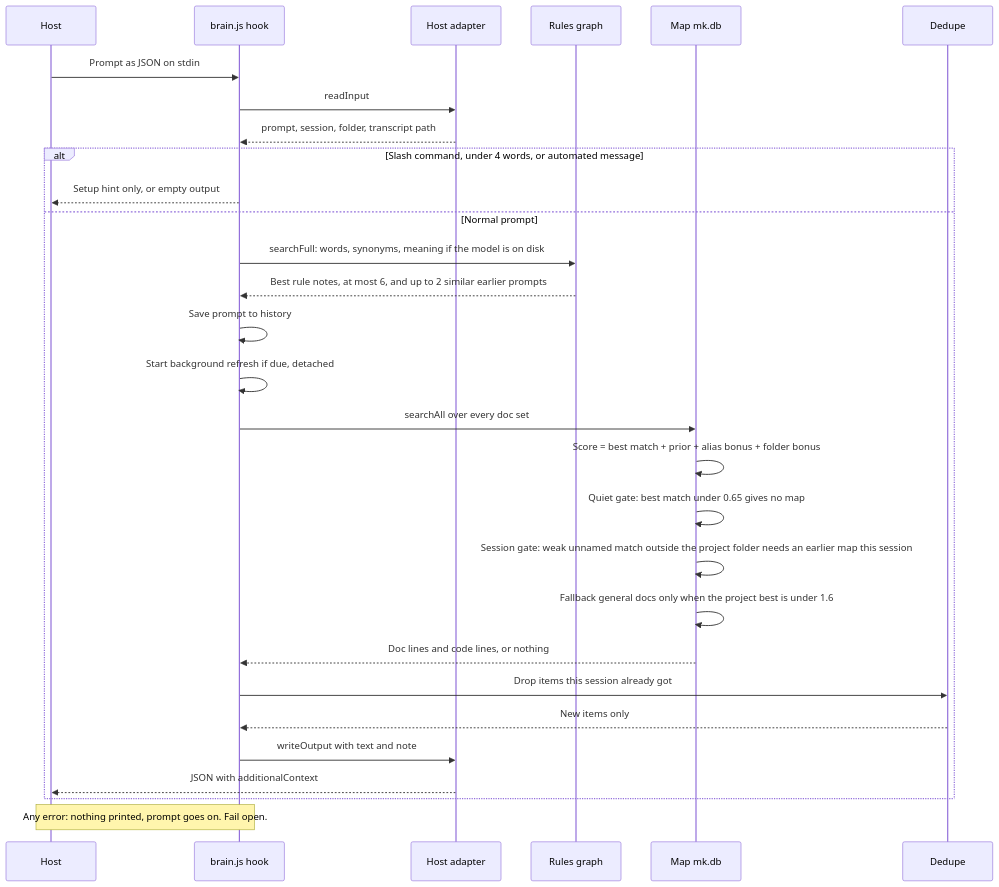
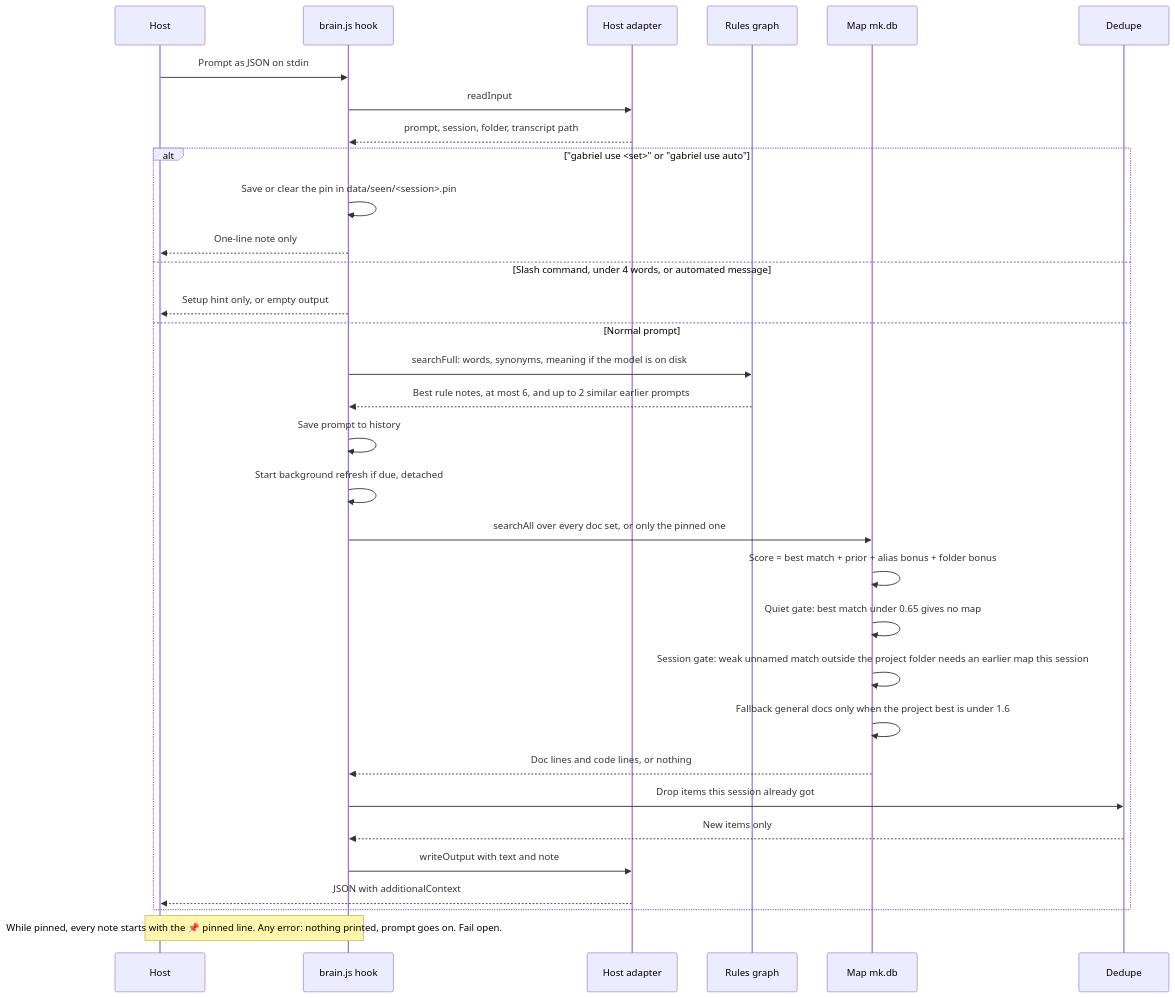
One commit to ThanhNVan/gabriel-plugin changed the second of 10 diagrams in docs/WORKFLOWS.md. Above: the diagram before and after it, drawn with Mermaid. The commit also changed other lines of this file and 32 other files, not shown here.

````diff
--- a/docs/WORKFLOWS.md
+++ b/docs/WORKFLOWS.md
@@ -63,31 +51,34 @@
 ```mermaid
 sequenceDiagram
   participant H as Host
   participant B as brain.js hook
   participant A as Host adapter
   participant R as Rules graph
   participant M as Map mk.db
   participant D as Dedupe
   H->>B: Prompt as JSON on stdin
   B->>A: readInput
   A-->>B: prompt, session, folder, transcript path
-  alt Slash command, under 4 words, or automated message
+  alt "gabriel use <set>" or "gabriel use auto"
+    B->>B: Save or clear the pin in data/seen/<session>.pin
+    B-->>H: One-line note only
+  else Slash command, under 4 words, or automated message
     B-->>H: Setup hint only, or empty output
   else Normal prompt
     B->>R: searchFull: words, synonyms, meaning if the model is on disk
     R-->>B: Best rule notes, at most 6, and up to 2 similar earlier prompts
     B->>B: Save prompt to history
     B->>B: Start background refresh if due, detached
-    B->>M: searchAll over every doc set
+    B->>M: searchAll over every doc set, or only the pinned one
     M->>M: Score = best match + prior + alias bonus + folder bonus
     M->>M: Quiet gate: best match under 0.65 gives no map
     M->>M: Session gate: weak unnamed match outside the project folder needs an earlier map this session
     M->>M: Fallback general docs only when the project best is under 1.6
     M-->>B: Doc lines and code lines, or nothing
     B->>D: Drop items this session already got
     D-->>B: New items only
     B->>A: writeOutput with text and note
     A-->>H: JSON with additionalContext
   end
-  Note over B,H: Any error: nothing printed, prompt goes on. Fail open.
+  Note over B,H: While pinned, every note starts with the 📌 pinned line. Any error: nothing printed, prompt goes on. Fail open.
 ```
````
